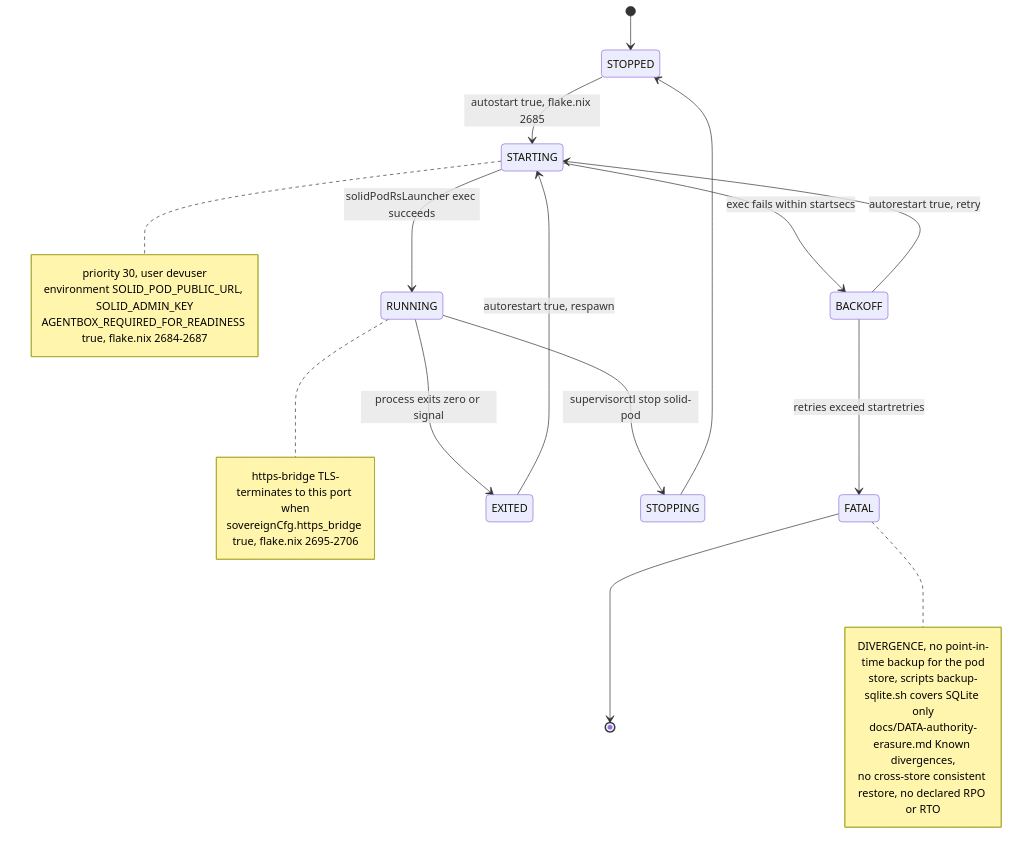
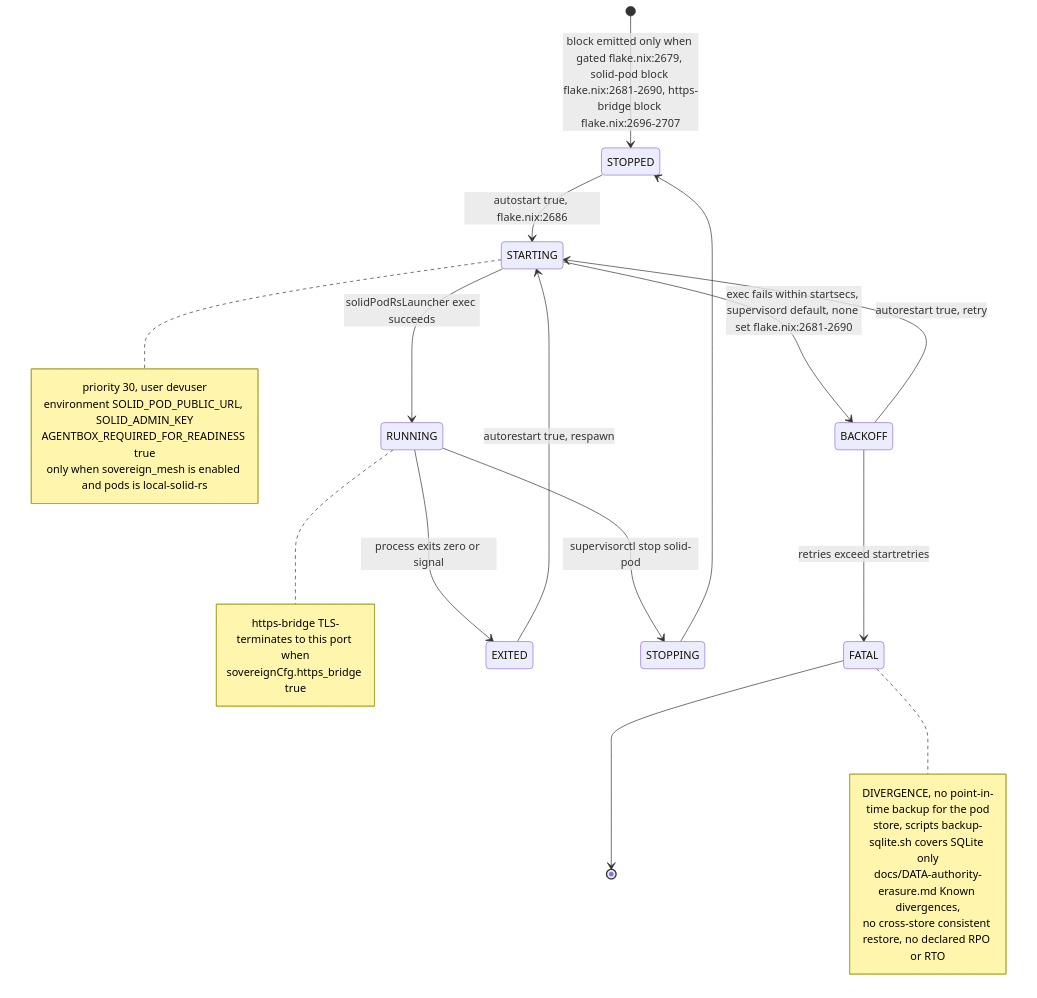
Before and after one commit to DreamLab-AI/VisionFlow: the eighth of 13 diagrams in docs/diagrams/estate/08-solid-pod-estate.md, drawn with Mermaid. The commit also changed other lines of this file and 91 other files, not shown here.

````diff
--- a/docs/diagrams/estate/08-solid-pod-estate.md
+++ b/docs/diagrams/estate/08-solid-pod-estate.md
@@ -394,18 +414,18 @@
 ```mermaid
 stateDiagram-v2
-    [*] --> STOPPED
-    STOPPED --> STARTING : autostart true, flake.nix 2685
+    [*] --> STOPPED : block emitted only when gated flake.nix:2679, solid-pod block flake.nix:2681-2690, https-bridge block flake.nix:2696-2707
+    STOPPED --> STARTING : autostart true, flake.nix:2686
     STARTING --> RUNNING : solidPodRsLauncher exec succeeds
-    STARTING --> BACKOFF : exec fails within startsecs
+    STARTING --> BACKOFF : exec fails within startsecs, supervisord default, none set flake.nix:2681-2690
     BACKOFF --> STARTING : autorestart true, retry
     BACKOFF --> FATAL : retries exceed startretries
     RUNNING --> EXITED : process exits zero or signal
     RUNNING --> STOPPING : supervisorctl stop solid-pod
     EXITED --> STARTING : autorestart true, respawn
     STOPPING --> STOPPED
     FATAL --> [*]
 
-    note right of STARTING : priority 30, user devuser<br/>environment SOLID_POD_PUBLIC_URL, SOLID_ADMIN_KEY<br/>AGENTBOX_REQUIRED_FOR_READINESS true, flake.nix 2684-2687
-    note right of RUNNING : https-bridge TLS-terminates to this port when<br/>sovereignCfg.https_bridge true, flake.nix 2695-2706
+    note right of STARTING : priority 30, user devuser<br/>environment SOLID_POD_PUBLIC_URL, SOLID_ADMIN_KEY<br/>AGENTBOX_REQUIRED_FOR_READINESS true<br/>only when sovereign_mesh is enabled and pods is local-solid-rs
+    note right of RUNNING : https-bridge TLS-terminates to this port when<br/>sovereignCfg.https_bridge true
     note right of FATAL : DIVERGENCE, no point-in-time backup for the pod<br/>store, scripts backup-sqlite.sh covers SQLite only<br/>docs/DATA-authority-erasure.md Known divergences,<br/>no cross-store consistent restore, no declared RPO or RTO
 ```
````
